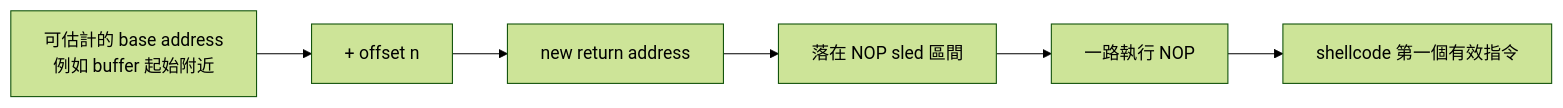
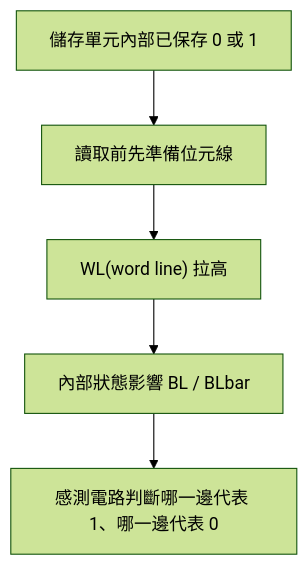
The fourth of 4 diagrams in docs/md/114-2/科技_計算機結構/ch 5.md (peicd100/university-notes), drawn with Mermaid (forest theme) before and after one commit. The commit also changed other lines of this file and 10 other files, not shown here.

````diff
--- a/docs/md/114-2/科技_計算機結構/ch 5.md
+++ b/docs/md/114-2/科技_計算機結構/ch 5.md
@@ -591,8 +304,7 @@
 ```mermaid
-flowchart LR
-    A["可估計的 base address<br>例如 buffer 起始附近"] --> B["+ offset n"]
-    B --> C["new return address"]
-    C --> D["落在 NOP sled 區間"]
-    D --> E["一路執行 NOP"]
-    E --> F["shellcode 第一個有效指令"]
+flowchart TD
+    A["儲存單元內部已保存 0 或 1"] --> B["讀取前先準備位元線"]
+    B --> C["WL(word line) 拉高"]
+    C --> D["內部狀態影響 BL / BLbar"]
+    D --> E["感測電路判斷哪一邊代表 1、哪一邊代表 0"]
 ```
````
